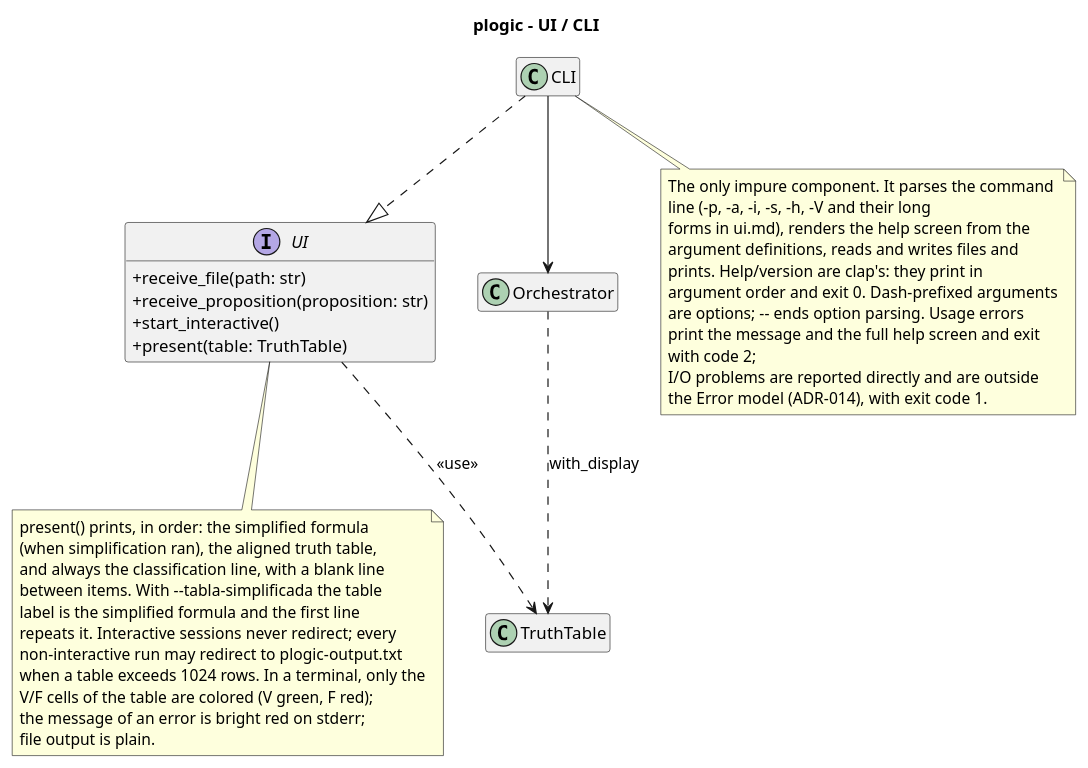
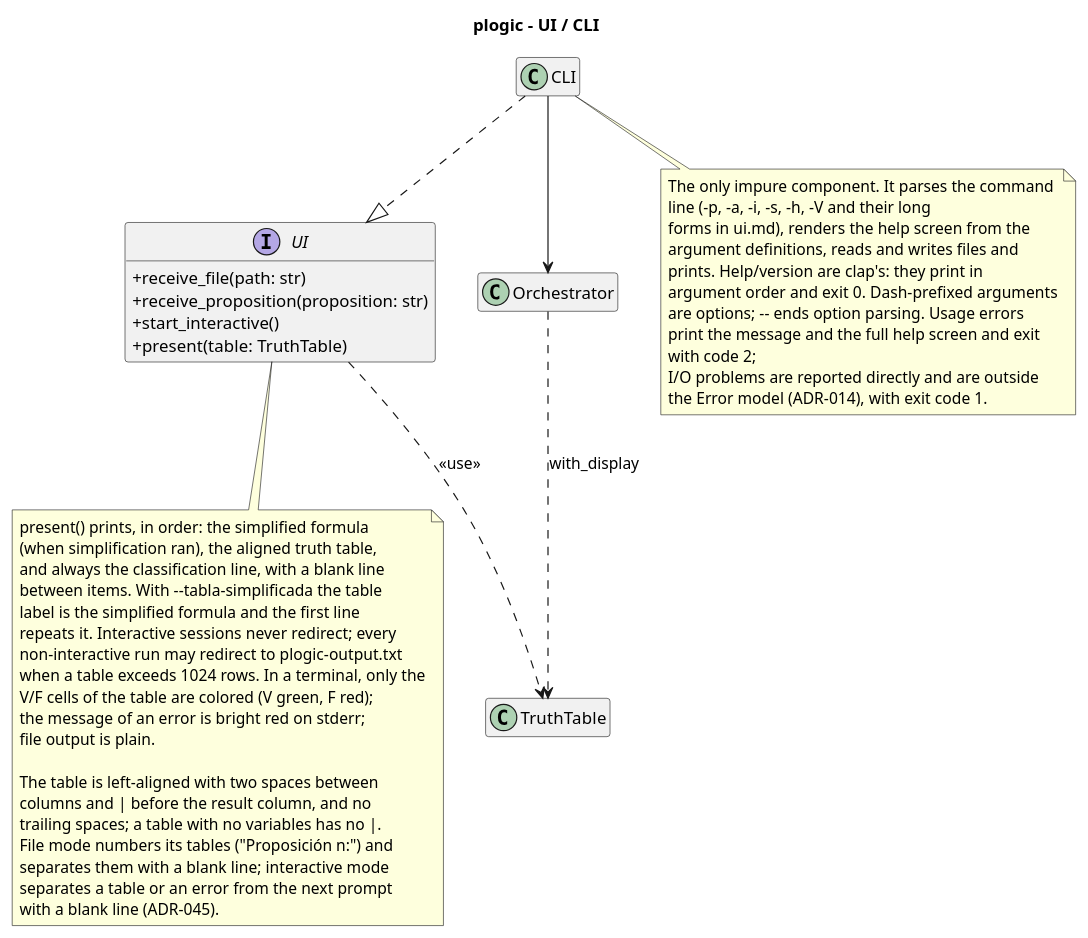
One commit to Josgtg/plogic changed the diagram in design/diagrams/ui_class.puml. Above: the diagram before and after it, drawn with PlantUML. The commit also changed 3 other files, not shown here.

```diff
--- a/design/diagrams/ui_class.puml
+++ b/design/diagrams/ui_class.puml
@@ -1,55 +1,63 @@
 @startuml ui_class
 title plogic - UI / CLI
 
 skinparam classAttributeIconSize 0
 hide empty members
 
 interface UI {
   +receive_file(path: str)
   +receive_proposition(proposition: str)
   +start_interactive()
   +present(table: TruthTable)
 }
 
 class CLI
 
 class Orchestrator
 
 class TruthTable
 
 note bottom of CLI
   The only impure component. It parses the command
   line (-p, -a, -i, -s, -h, -V and their long
   forms in ui.md), renders the help screen from the
   argument definitions, reads and writes files and
   prints. Help/version are clap's: they print in
   argument order and exit 0. Dash-prefixed arguments
   are options; -- ends option parsing. Usage errors
   print the message and the full help screen and exit
   with code 2;
   I/O problems are reported directly and are outside
   the Error model (ADR-014), with exit code 1.
 end note
 
 note bottom of UI
   present() prints, in order: the simplified formula
   (when simplification ran), the aligned truth table,
   and always the classification line, with a blank line
   between items. With --tabla-simplificada the table
   label is the simplified formula and the first line
   repeats it. Interactive sessions never redirect; every
   non-interactive run may redirect to plogic-output.txt
   when a table exceeds 1024 rows. In a terminal, only the
   V/F cells of the table are colored (V green, F red);
   the message of an error is bright red on stderr;
   file output is plain.
+
+  The table is left-aligned with two spaces between
+  columns and | before the result column, and no
+  trailing spaces; a table with no variables has no |.
+  File mode numbers its tables ("Proposición n:") and
+  separates them with a blank line; interactive mode
+  separates a table or an error from the next prompt
+  with a blank line (ADR-045).
 end note
 
 CLI ..|> UI
 CLI --> Orchestrator
 
 Orchestrator ..> TruthTable : with_display
 
 UI ..> TruthTable : <<use>>
 
 @enduml
```
